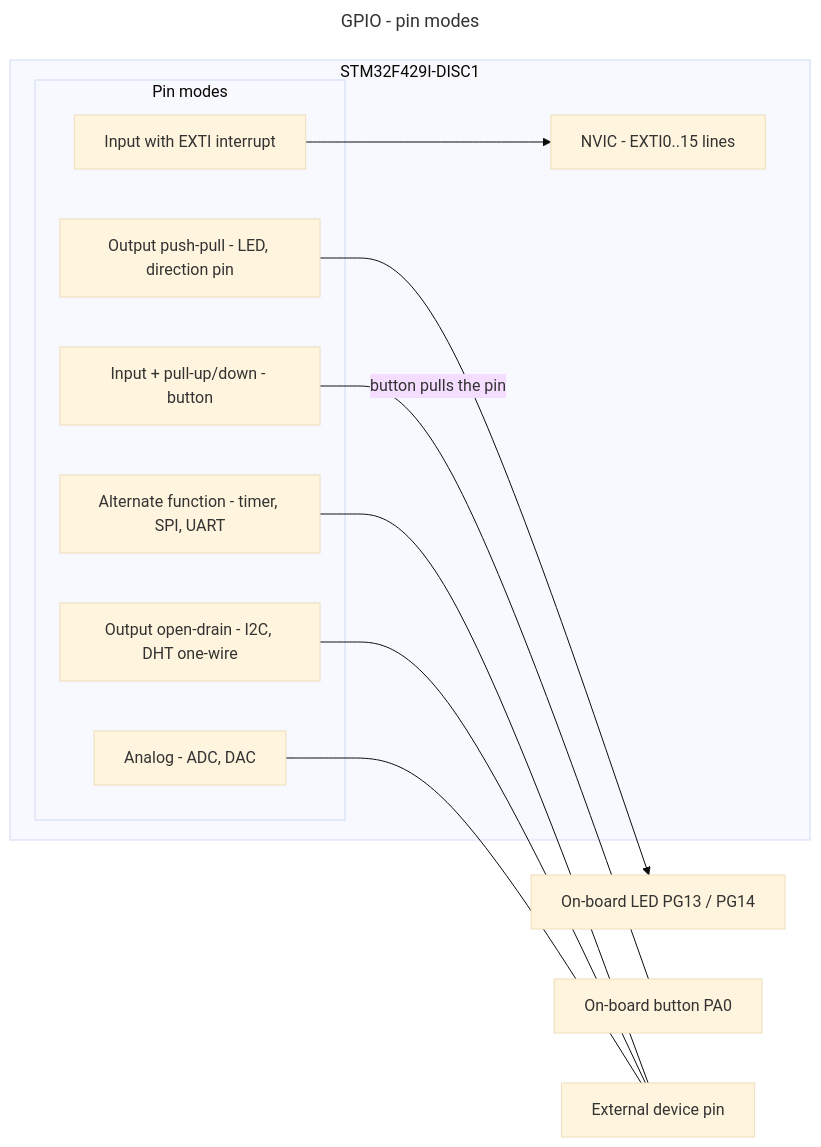
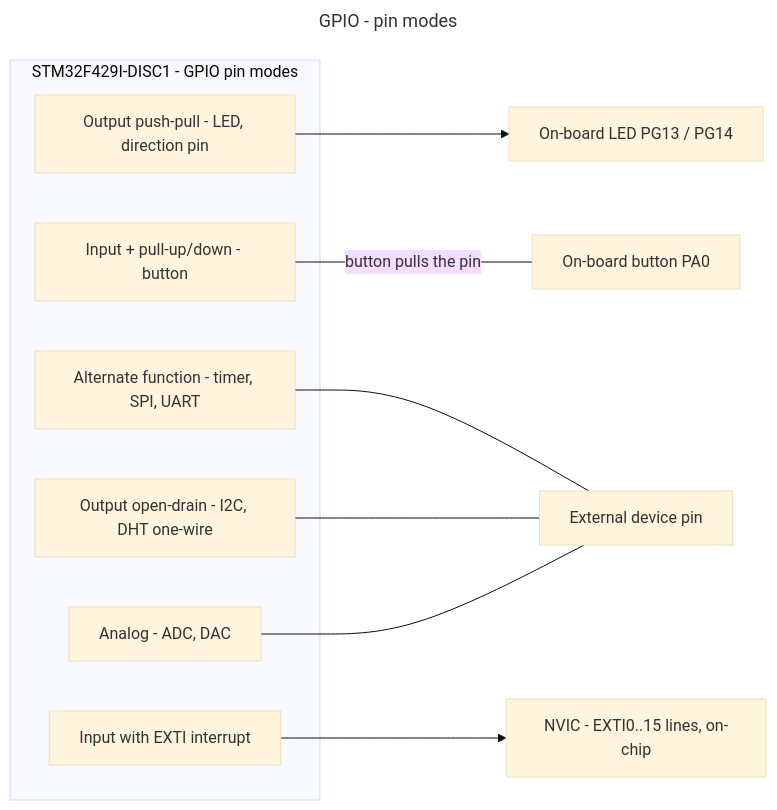
The diagram in Sensor_Cons/Peripherals/GPIO/gpio_wiring.mmd (Ekpenyong-Esu/BareMetalMCU2), drawn with Mermaid (base theme) before and after one commit. The commit also changed 13 other files, not shown here.

```diff
--- a/Sensor_Cons/Peripherals/GPIO/gpio_wiring.mmd
+++ b/Sensor_Cons/Peripherals/GPIO/gpio_wiring.mmd
@@ -1,30 +1,29 @@
 ---
 title: GPIO - pin modes
 ---
 %% Generic driver - the application picks the pins.
 %% Board examples from Peripherals/BOARD/board.h.
 %% GPIO_Driver_Pin_Init turns on the port clock for you.
 %% Open-drain can only pull low, so it always needs a pull-up somewhere.
+%% Modes are listed in the order of their examples so the links do not cross.
 flowchart LR
-    subgraph MCU["STM32F429I-DISC1"]
-        subgraph MODES["Pin modes"]
-            OUTPP["Output push-pull - LED, direction pin"]
-            OUTOD["Output open-drain - I2C, DHT one-wire"]
-            IN["Input + pull-up/down - button"]
-            AF["Alternate function - timer, SPI, UART"]
-            ANA["Analog - ADC, DAC"]
-            IT["Input with EXTI interrupt"]
-        end
-        NVIC["NVIC - EXTI0..15 lines"]
+    subgraph MCU["STM32F429I-DISC1 - GPIO pin modes"]
+        OUTPP["Output push-pull - LED, direction pin"]
+        IN["Input + pull-up/down - button"]
+        AF["Alternate function - timer, SPI, UART"]
+        OUTOD["Output open-drain - I2C, DHT one-wire"]
+        ANA["Analog - ADC, DAC"]
+        IT["Input with EXTI interrupt"]
     end
 
     LED["On-board LED PG13 / PG14"]
     BTN["On-board button PA0"]
     EXT["External device pin"]
+    NVIC["NVIC - EXTI0..15 lines, on-chip"]
 
     OUTPP --> LED
     IN ---|"button pulls the pin"| BTN
     AF --- EXT
     OUTOD --- EXT
     ANA --- EXT
     IT --> NVIC
```
